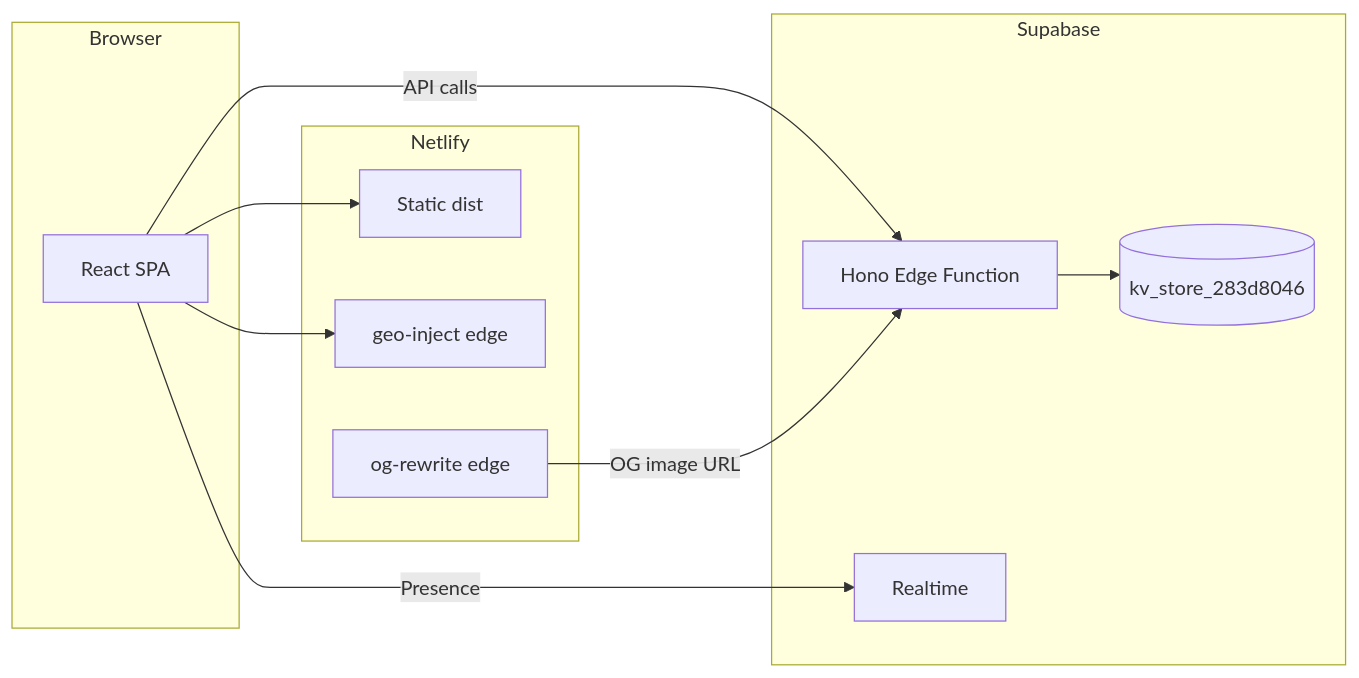
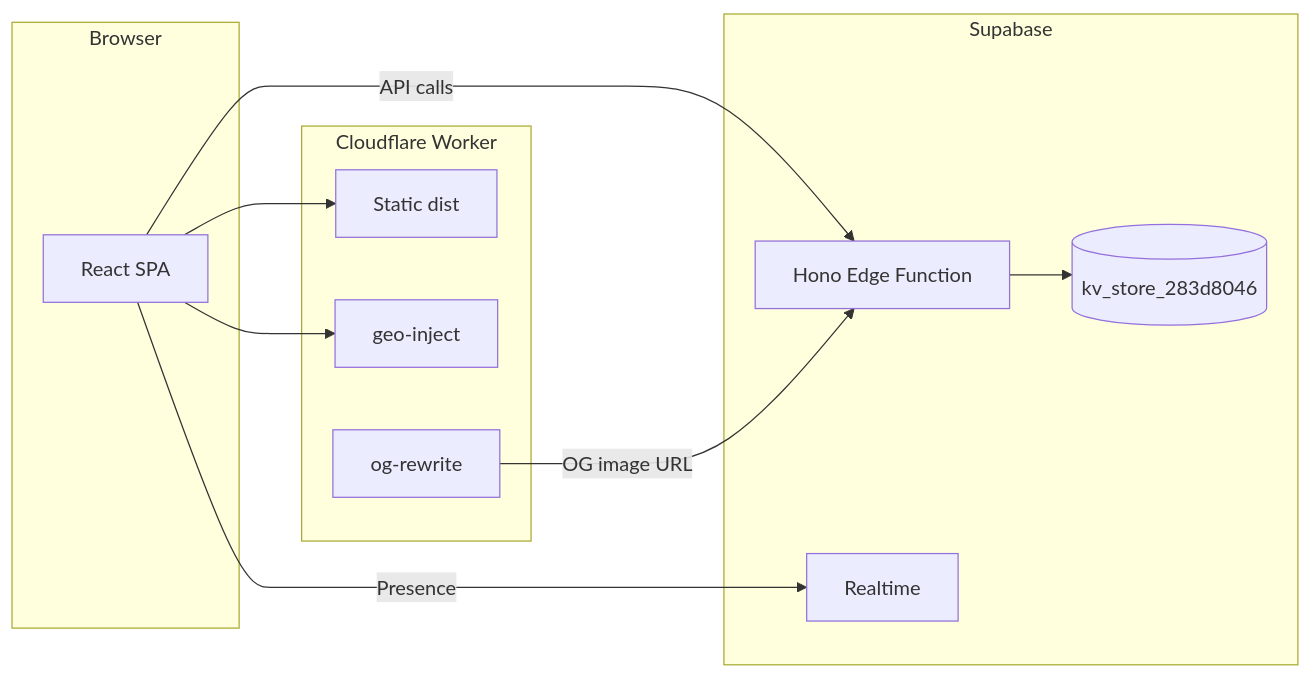
The first of 2 diagrams in docs/ARCHITECTURE.md (harvouscom/heresmychurch), drawn with Mermaid before and after one commit. The commit also changed other lines of this file and 19 other files, not shown here.

First line of the commit message:
feat(hosting): serve the site from a Cloudflare Worker with static assets

````diff
--- a/docs/ARCHITECTURE.md
+++ b/docs/ARCHITECTURE.md
@@ -35,22 +35,22 @@
 ```mermaid
 flowchart LR
   subgraph browser [Browser]
     SPA[React SPA]
   end
-  subgraph netlify [Netlify]
+  subgraph netlify [Cloudflare Worker]
     Static[Static dist]
-    GeoInject[geo-inject edge]
-    OGRewrite[og-rewrite edge]
+    GeoInject[geo-inject]
+    OGRewrite[og-rewrite]
   end
   subgraph supabase [Supabase]
     Edge[Hono Edge Function]
     KV[(kv_store_283d8046)]
     Realtime[Realtime]
   end
   SPA --> Static
   SPA --> GeoInject
   SPA -->|"API calls"| Edge
   SPA -->|"Presence"| Realtime
   Edge --> KV
   OGRewrite -->|"OG image URL"| Edge
 ```
````
